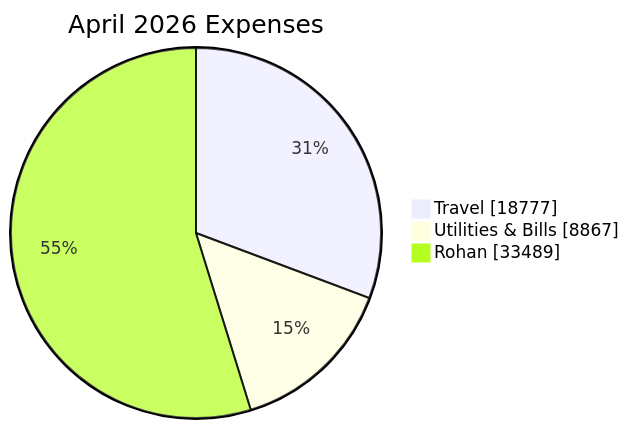
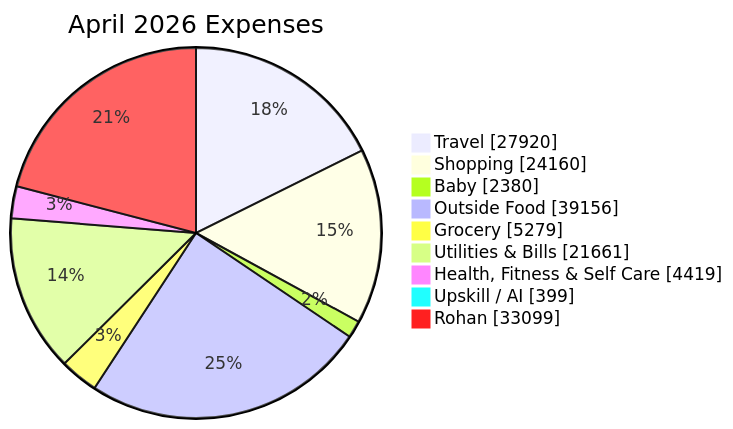
One commit to sachin-hg/expense-reporter changed the second of 2 diagrams in reports/2026-04.md. Above: the diagram before and after it, drawn with Mermaid. The commit also changed other lines of this file and 20 other files, not shown here.

````diff
--- a/reports/2026-04.md
+++ b/reports/2026-04.md
@@ -44,7 +44,13 @@
 ```mermaid
 pie showData
     title April 2026 Expenses
-    "Travel" : 18777
-    "Utilities & Bills" : 8867
-    "Rohan" : 33489
+    "Travel" : 27920
+    "Shopping" : 24160
+    "Baby" : 2380
+    "Outside Food" : 39156
+    "Grocery" : 5279
+    "Utilities & Bills" : 21661
+    "Health, Fitness & Self Care" : 4419
+    "Upskill / AI" : 399
+    "Rohan" : 33099
 ```
````
